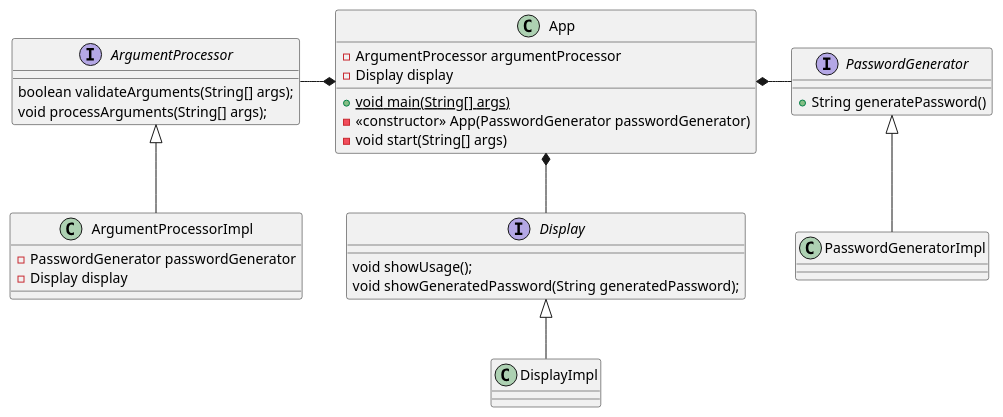
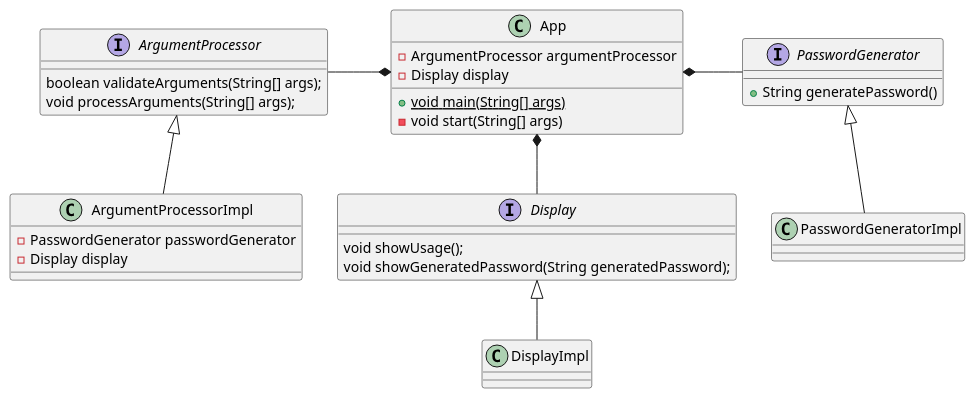
The diagram in diagrams/Class.puml (djvelimir/demo-java-cli), drawn with PlantUML before and after one commit. The commit also changed 1 other file, not shown here.

Commit message:
Remove constructor from class diagram

```diff
--- a/diagrams/Class.puml
+++ b/diagrams/Class.puml
@@ -1,43 +1,42 @@
 @startuml
 'https://plantuml.com/class-diagram
 
 class App {
     - ArgumentProcessor argumentProcessor
     - Display display
     + {static} void main(String[] args)
-    - <<constructor>> App(PasswordGenerator passwordGenerator)
     - void start(String[] args)
 }
 
 interface ArgumentProcessor {
     boolean validateArguments(String[] args);
     void processArguments(String[] args);
 }
 
 class ArgumentProcessorImpl {
     - PasswordGenerator passwordGenerator
     - Display display
 }
 
 interface Display {
     void showUsage();
     void showGeneratedPassword(String generatedPassword);
 }
 
 class DisplayImpl {
 }
 
 interface PasswordGenerator {
     +String generatePassword()
 }
 
 class PasswordGeneratorImpl {
 }
 ArgumentProcessor <|-- ArgumentProcessorImpl
 Display <|-- DisplayImpl
 PasswordGenerator <|-- PasswordGeneratorImpl
 
 App *--l ArgumentProcessor
 App *--d Display
 App *--r PasswordGenerator
 @enduml
```
